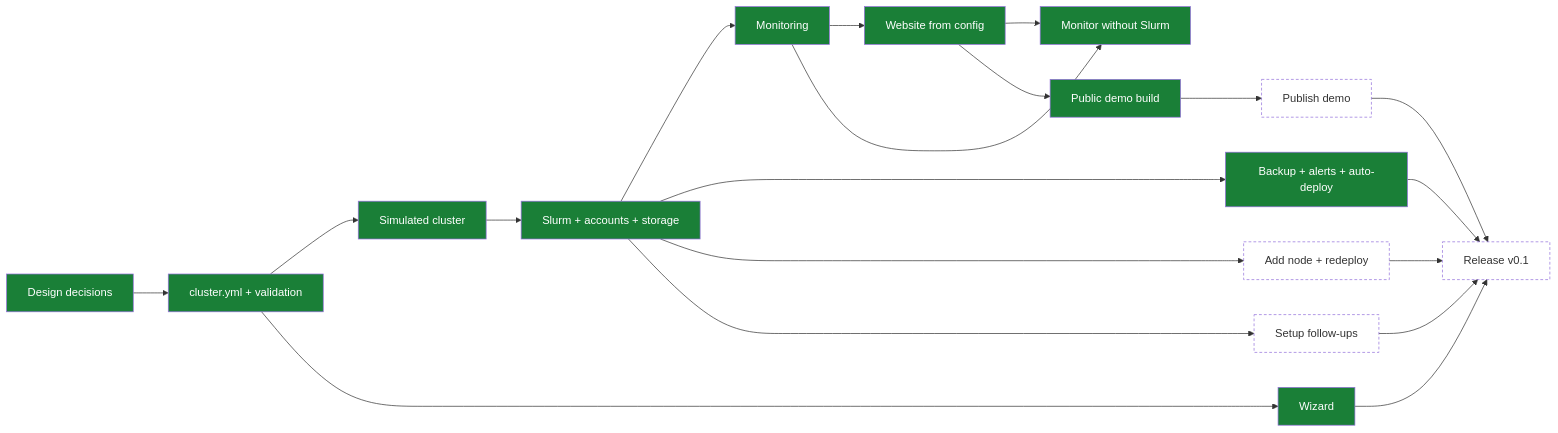
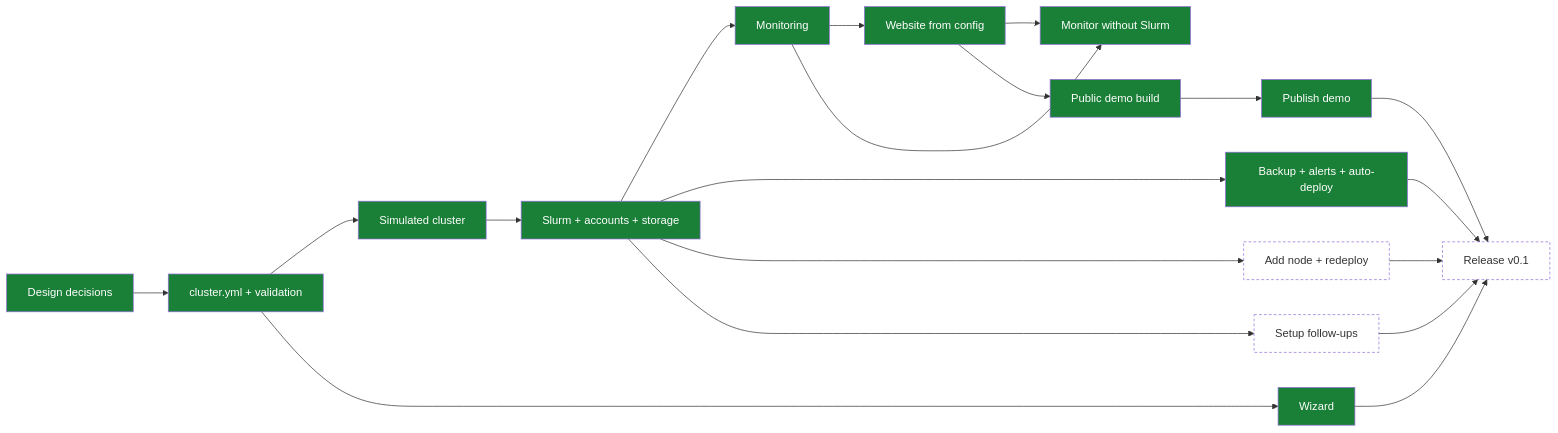
One commit to enajx/nanoHPC changed the diagram in TODO.md. Above: the diagram before and after it, drawn with Mermaid. The commit also changed other lines of this file and 2 other files, not shown here.

Commit message:
Record published public demo (#1)
- Mark the GitHub Pages demo and README link as verified.
- Update project status and completed work with the live URL.

````diff
--- a/TODO.md
+++ b/TODO.md
@@ -11,25 +11,25 @@
 ```mermaid
 flowchart LR
   classDef done fill:#1a7f37,color:#fff
   classDef wip fill:#d4a72c,color:#000
   classDef queued fill:none,stroke-dasharray:4 3
 
   D[Design decisions]:::done --> C[cluster.yml + validation]:::done
   C --> SIM[Simulated cluster]:::done
   SIM --> S[Slurm + accounts + storage]:::done
   S --> M[Monitoring]:::done
   M --> W[Website from config]:::done
   S --> BK[Backup + alerts + auto-deploy]:::done
   C --> WZ[Wizard]:::done
   M --> MO[Monitor without Slurm]:::done
   W --> MO
   S --> N[Add node + redeploy]:::queued
   W --> DEMO[Public demo build]:::done
-  DEMO --> DP[Publish demo]:::queued
+  DEMO --> DP[Publish demo]:::done
   DP --> R[Release v0.1]:::queued
   BK --> R
   WZ --> R
   N --> R
   S --> F[Setup follow-ups]:::queued
   F --> R
 ```
````
